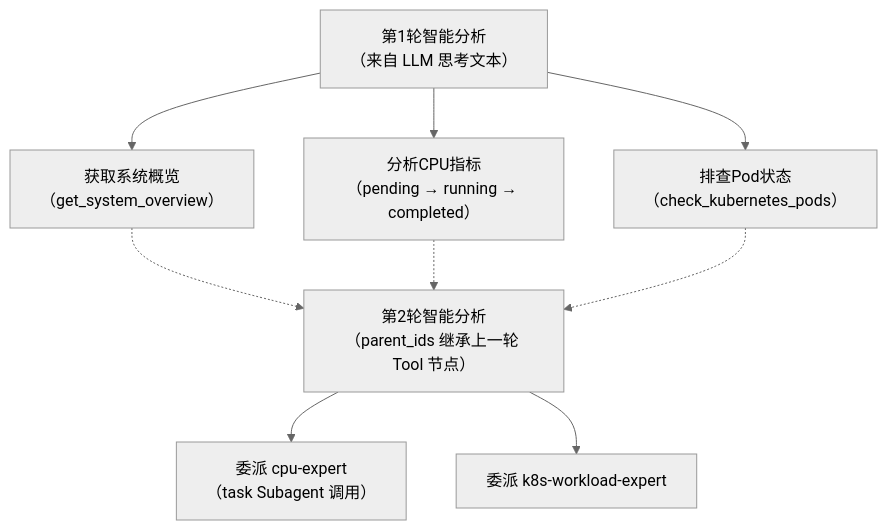
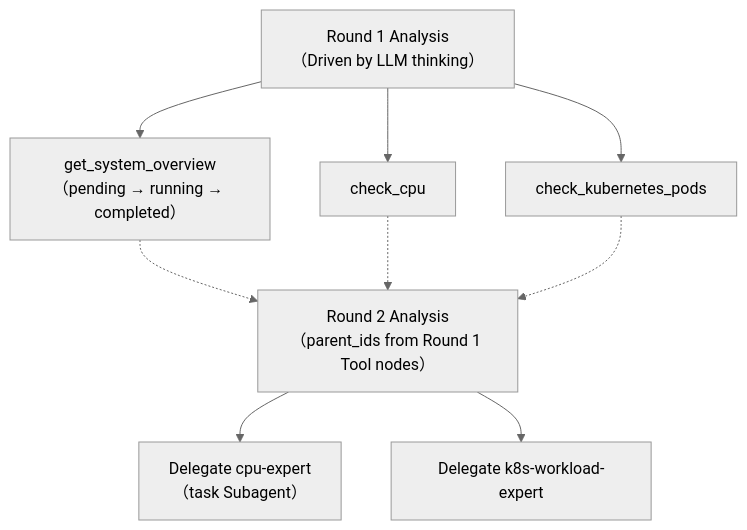
One commit to kangxiaoning/diagnostics changed the second of 5 diagrams in README.md. Above: the diagram before and after it, drawn with Mermaid (neutral theme). The commit also changed other lines of this file, not shown here.

Commit message:
docs: Mermaid和ASCII图内部文字改为英文，描述保留中文与图中英文概念对应

````diff
--- a/README.md
+++ b/README.md
@@ -109,15 +109,15 @@
 ```mermaid
 graph TD
-    P1["第1轮智能分析<br/>（来自 LLM 思考文本）"]
-    P1 --> T1["获取系统概览<br/>（get_system_overview）"]
-    P1 --> T2["分析CPU指标<br/>（pending → running → completed）"]
-    P1 --> T3["排查Pod状态<br/>（check_kubernetes_pods）"]
+    P1["Round 1 Analysis<br/>（Driven by LLM thinking）"]
+    P1 --> T1["get_system_overview<br/>（pending → running → completed）"]
+    P1 --> T2["check_cpu"]
+    P1 --> T3["check_kubernetes_pods"]
 
-    P2["第2轮智能分析<br/>（parent_ids 继承上一轮 Tool 节点）"]
-    P2 --> T4["委派 cpu-expert<br/>（task Subagent 调用）"]
-    P2 --> T5["委派 k8s-workload-expert"]
+    P2["Round 2 Analysis<br/>（parent_ids from Round 1 Tool nodes）"]
+    P2 --> T4["Delegate cpu-expert<br/>（task Subagent）"]
+    P2 --> T5["Delegate k8s-workload-expert"]
 
     T1 -.-> P2
     T2 -.-> P2
     T3 -.-> P2
 ```
````
